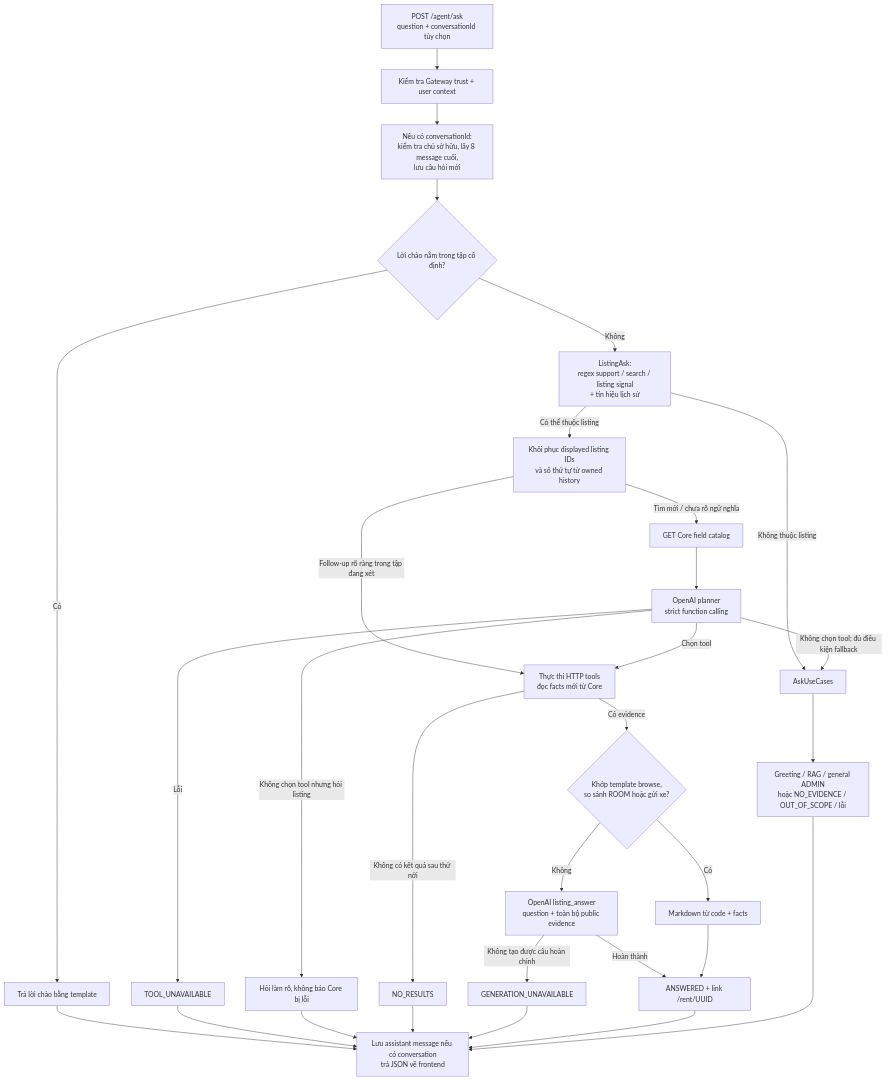
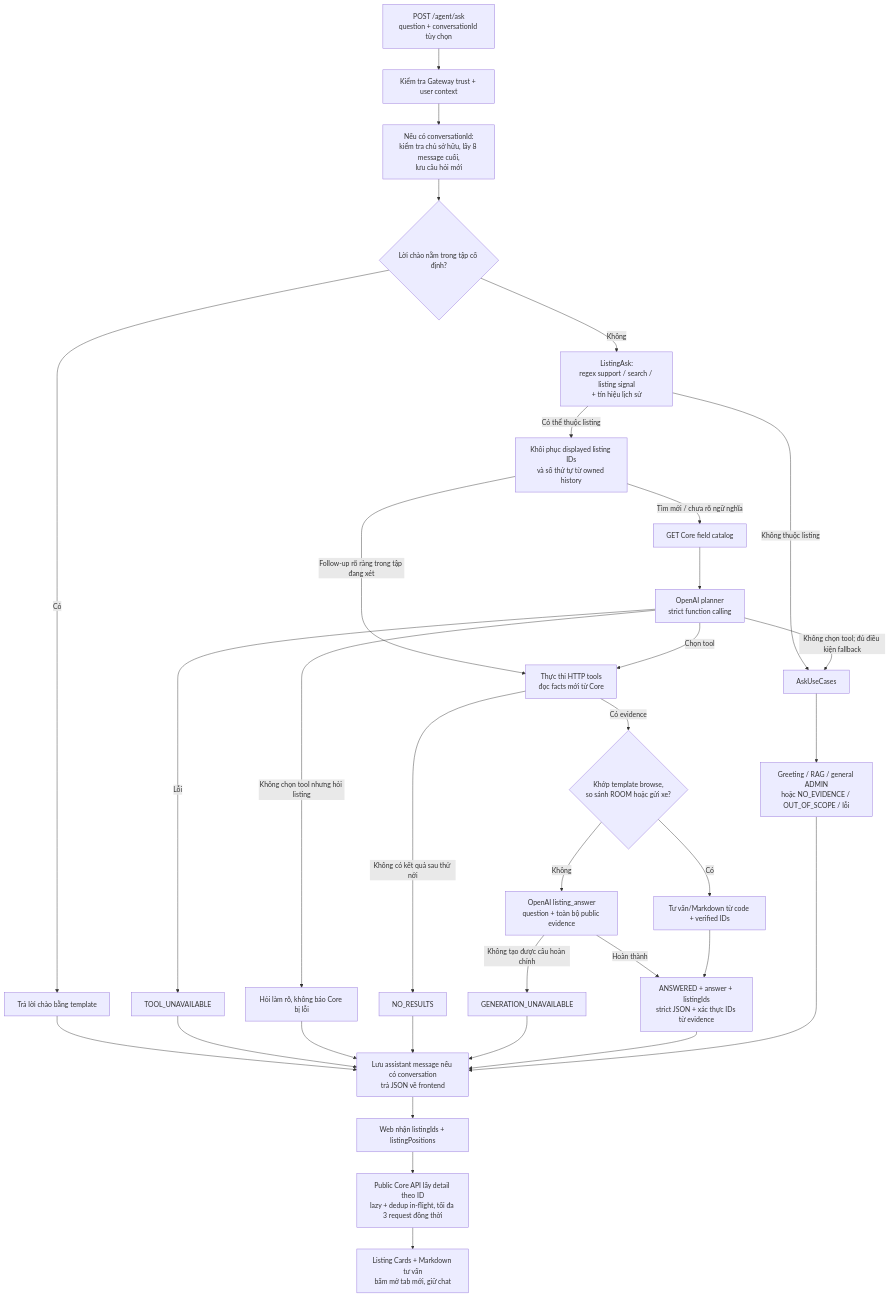
One commit to homespace-platform/hs-ai-service changed the second of 5 diagrams in SCHEMA-SYSTEM.md. Above: the diagram before and after it, drawn with Mermaid. The commit also changed other lines of this file and 11 other files, not shown here.

Commit message:
feat: enhance listing response structure in agent ask API, introducing listingIds and listingPositions for improved follow-up queries and rendering in frontend

````diff
--- a/SCHEMA-SYSTEM.md
+++ b/SCHEMA-SYSTEM.md
@@ -57,32 +57,35 @@
 ```mermaid
 flowchart TD
     Q["POST /agent/ask<br/>question + conversationId tùy chọn"] --> Auth["Kiểm tra Gateway trust + user context"]
     Auth --> History["Nếu có conversationId:<br/>kiểm tra chủ sở hữu, lấy 8 message cuối,<br/>lưu câu hỏi mới"]
     History --> Greeting{"Lời chào nằm trong tập cố định?"}
     Greeting -->|"Có"| Fixed["Trả lời chào bằng template"]
     Greeting -->|"Không"| Gate["ListingAsk:<br/>regex support / search / listing signal<br/>+ tín hiệu lịch sử"]
     Gate -->|"Không thuộc listing"| Knowledge["AskUseCases"]
     Gate -->|"Có thể thuộc listing"| Scope["Khôi phục displayed listing IDs<br/>và số thứ tự từ owned history"]
     Scope -->|"Follow-up rõ ràng trong tập đang xét"| Execute
     Scope -->|"Tìm mới / chưa rõ ngữ nghĩa"| Catalog["GET Core field catalog"]
     Catalog --> Planner["OpenAI planner<br/>strict function calling"]
     Planner -->|"Chọn tool"| Execute["Thực thi HTTP tools<br/>đọc facts mới từ Core"]
     Planner -->|"Không chọn tool; đủ điều kiện fallback"| Knowledge
     Planner -->|"Lỗi"| TU["TOOL_UNAVAILABLE"]
     Planner -->|"Không chọn tool nhưng hỏi listing"| Clarify["Hỏi làm rõ, không báo Core bị lỗi"]
     Execute -->|"Không có kết quả sau thử nới"| NR["NO_RESULTS"]
     Execute -->|"Có evidence"| Template{"Khớp template browse,<br/>so sánh ROOM hoặc gửi xe?"}
-    Template -->|"Có"| Direct["Markdown từ code + facts"]
+    Template -->|"Có"| Direct["Tư vấn/Markdown từ code + verified IDs"]
     Template -->|"Không"| Generate["OpenAI listing_answer<br/>question + toàn bộ public evidence"]
     Generate -->|"Không tạo được câu hoàn chỉnh"| GU["GENERATION_UNAVAILABLE"]
-    Generate -->|"Hoàn thành"| Answer["ANSWERED + link /rent/UUID"]
+    Generate -->|"Hoàn thành"| Answer["ANSWERED + answer + listingIds<br/>strict JSON + xác thực IDs từ evidence"]
     Direct --> Answer
     Knowledge --> KR["Greeting / RAG / general ADMIN<br/>hoặc NO_EVIDENCE / OUT_OF_SCOPE / lỗi"]
     Fixed --> Save["Lưu assistant message nếu có conversation<br/>trả JSON về frontend"]
     TU --> Save
     Clarify --> Save
     NR --> Save
     GU --> Save
     Answer --> Save
     KR --> Save
+    Save --> Web["Web nhận listingIds + listingPositions"]
+    Web --> Hydrate["Public Core API lấy detail theo ID<br/>lazy + dedup in-flight, tối đa 3 request đồng thời"]
+    Hydrate --> Cards["Listing Cards + Markdown tư vấn<br/>bấm mở tab mới, giữ chat"]
 ```
````
